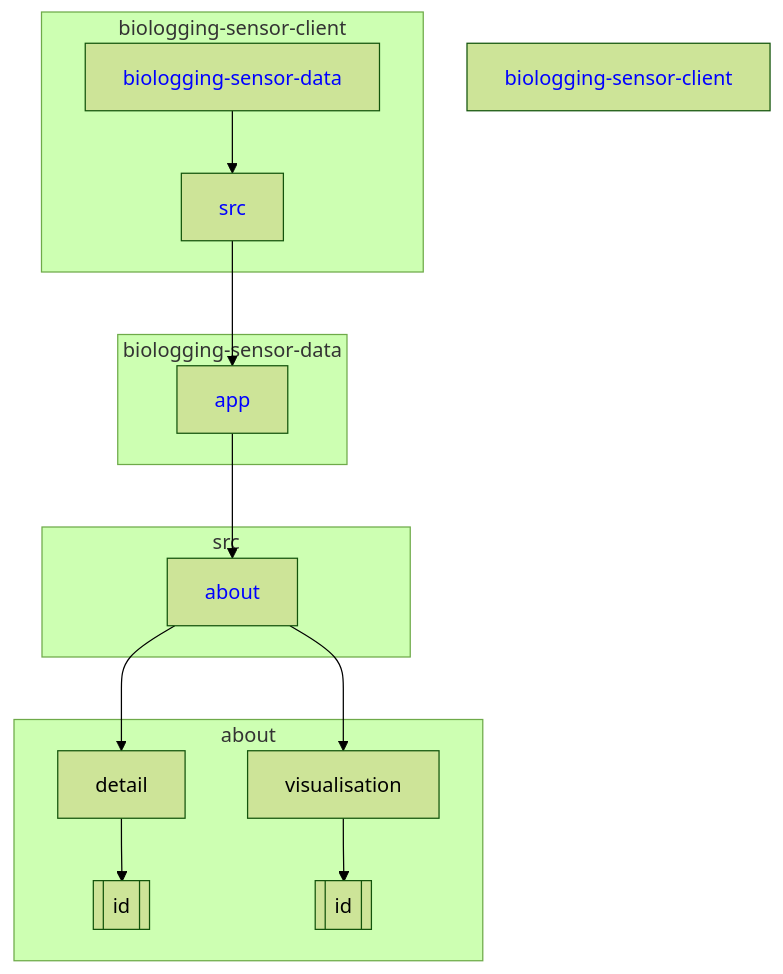
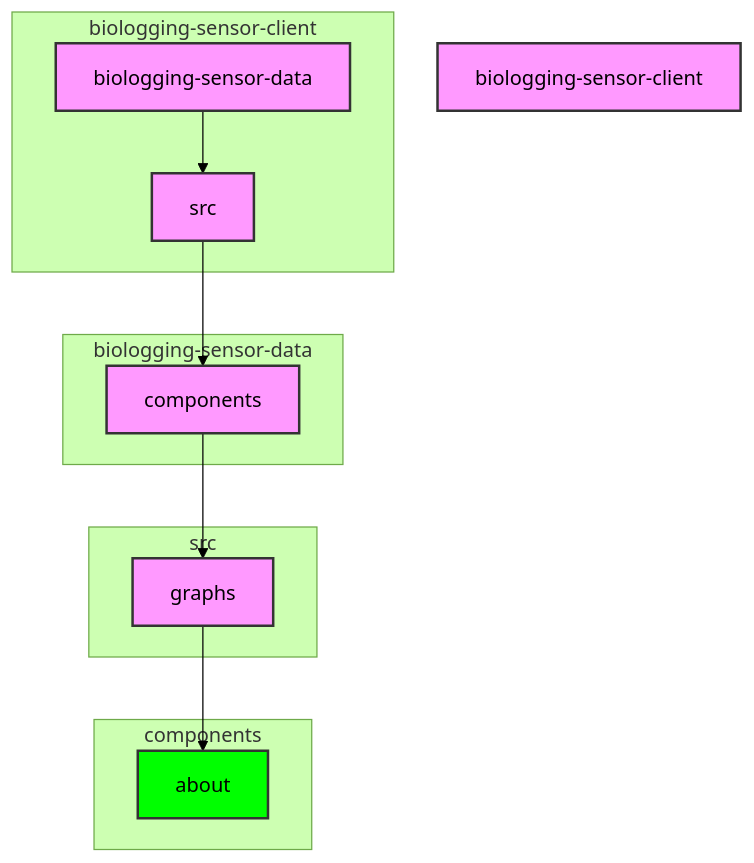
The diagram in draft-delete.md (Khosiyat/Algorithms), drawn with Mermaid (forest theme) before and after one commit.

````diff
--- a/draft-delete.md
+++ b/draft-delete.md
@@ -1,29 +1,31 @@
 ```mermaid
 graph TD
-    A["<span style='color:blue'>biologging-sensor-client</span>"] 
-    B["<span style='color:blue'>biologging-sensor-data</span>"]
-    C["<span style='color:blue'>src</span>"]
-    D["<span style='color:blue'>app</span>"]
-    E["<span style='color:blue'>about</span>"]
-    F[detail]
-    G[[id]]
-    H[visualisation]
-    I[[id]]
+    A["biologging-sensor-client"] 
+    B["biologging-sensor-data"]
+    C["src"]
+    D["components"]
+    E["graphs"]
+    F["about"]
 
     subgraph biologging-sensor-client
         B --> C
     end
     subgraph biologging-sensor-data
         C --> D
     end
     subgraph src
         D --> E
     end
-    subgraph about
+    subgraph components
         E --> F
-        F --> G
-        E --> H
-        H --> I
     end
 
+    style A fill:#f9f,stroke:#333,stroke-width:2px;
+    style B fill:#f9f,stroke:#333,stroke-width:2px;
+    style C fill:#f9f,stroke:#333,stroke-width:2px;
+    style D fill:#f9f,stroke:#333,stroke-width:2px;
+    style E fill:#f9f,stroke:#333,stroke-width:2px;
+    style F fill:#0f0,stroke:#333,stroke-width:2px;
+
+
 ```
````
